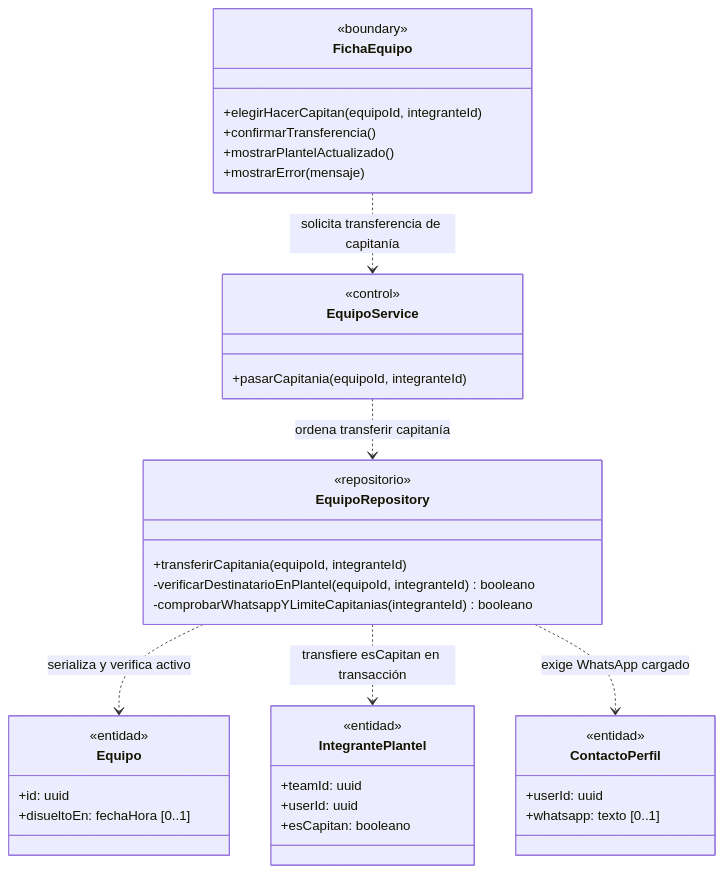
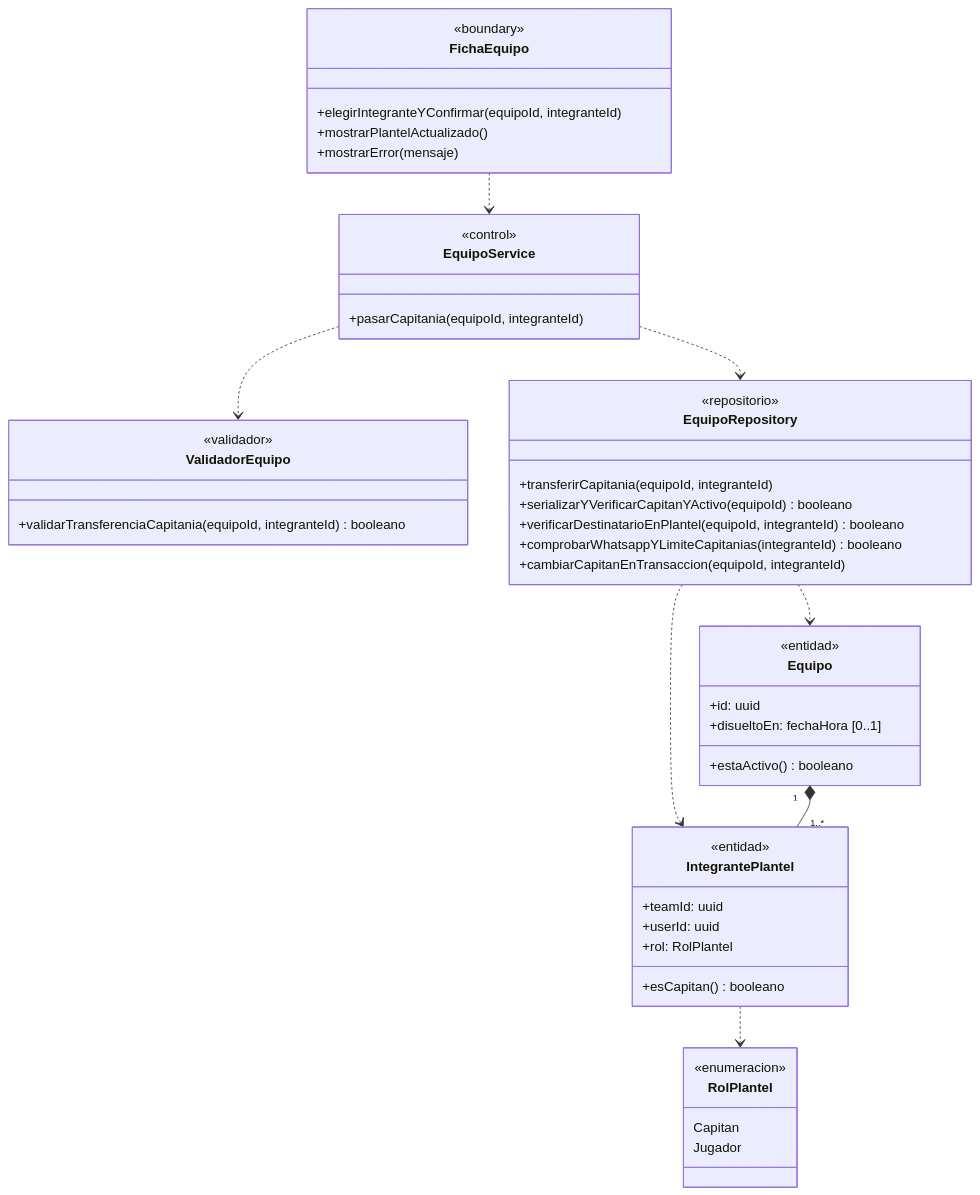
Before and after one commit to nicqletal/torneos-scraper: the seventh of 11 diagrams in docs/diagramas-de-clase/equipos.md, drawn with Mermaid. The commit also changed other lines of this file and 13 other files, not shown here.

````diff
--- a/docs/diagramas-de-clase/equipos.md
+++ b/docs/diagramas-de-clase/equipos.md
@@ -469,42 +540,50 @@
 ```mermaid
 classDiagram
-direction TB
 class FichaEquipo {
   <<boundary>>
-  +elegirHacerCapitan(equipoId, integranteId)
-  +confirmarTransferencia()
+  +elegirIntegranteYConfirmar(equipoId, integranteId)
   +mostrarPlantelActualizado()
   +mostrarError(mensaje)
 }
 class EquipoService {
   <<control>>
   +pasarCapitania(equipoId, integranteId)
 }
+class ValidadorEquipo {
+  <<validador>>
+  +validarTransferenciaCapitania(equipoId, integranteId) booleano
+}
 class EquipoRepository {
   <<repositorio>>
   +transferirCapitania(equipoId, integranteId)
-  -verificarDestinatarioEnPlantel(equipoId, integranteId) booleano
-  -comprobarWhatsappYLimiteCapitanias(integranteId) booleano
+  +serializarYVerificarCapitanYActivo(equipoId) booleano
+  +verificarDestinatarioEnPlantel(equipoId, integranteId) booleano
+  +comprobarWhatsappYLimiteCapitanias(integranteId) booleano
+  +cambiarCapitanEnTransaccion(equipoId, integranteId)
+}
+class IntegrantePlantel {
+  <<entidad>>
+  +teamId: uuid
+  +userId: uuid
+  +rol: RolPlantel
+  +esCapitan() booleano
 }
 class Equipo {
   <<entidad>>
   +id: uuid
   +disueltoEn: fechaHora [0..1]
+  +estaActivo() booleano
 }
-class IntegrantePlantel {
-  <<entidad>>
-  +teamId: uuid
-  +userId: uuid
-  +esCapitan: booleano
+class RolPlantel {
+  <<enumeracion>>
+  Capitan
+  Jugador
 }
-class ContactoPerfil {
-  <<entidad>>
-  +userId: uuid
-  +whatsapp: texto [0..1]
-}
-FichaEquipo ..> EquipoService : solicita transferencia de capitanía
-EquipoService ..> EquipoRepository : ordena transferir capitanía
-EquipoRepository ..> Equipo : serializa y verifica activo
-EquipoRepository ..> IntegrantePlantel : transfiere esCapitan en transacción
-EquipoRepository ..> ContactoPerfil : exige WhatsApp cargado
+FichaEquipo ..> EquipoService
+EquipoService ..> ValidadorEquipo
+EquipoService ..> EquipoRepository
+EquipoRepository ..> IntegrantePlantel
+EquipoRepository ..> Equipo
+Equipo "1" *-- "1..*" IntegrantePlantel
+IntegrantePlantel ..> RolPlantel
 ```
````
